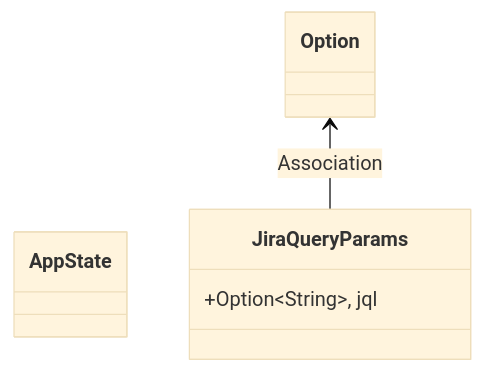
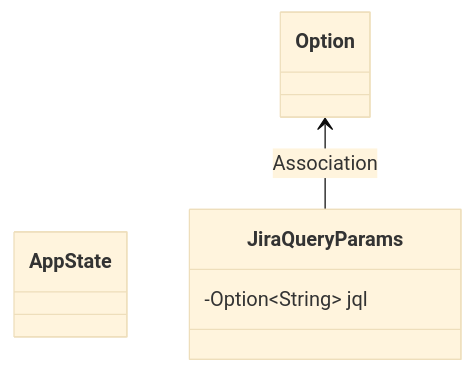
One commit to lgcorzo/fastapi-autogen-team changed the first of 2 diagrams in openwiki/modules/src/bin/mock_services.md. Above: the diagram before and after it, drawn with Mermaid (base theme). The commit also changed other lines of this file and 33 other files, not shown here.

Commit message:
Fix PlantUML syntax, missing diagrams, and link formatting in doc generator

````diff
--- a/openwiki/modules/src/bin/mock_services.md
+++ b/openwiki/modules/src/bin/mock_services.md
@@ -29,10 +33,10 @@
 ```mermaid
 classDiagram
     direction BT
     class AppState {
     }
     class JiraQueryParams {
-        +Option~String~, jql
+        -Option~String~ jql
     }
     JiraQueryParams --> Option : Association
 ```
````
